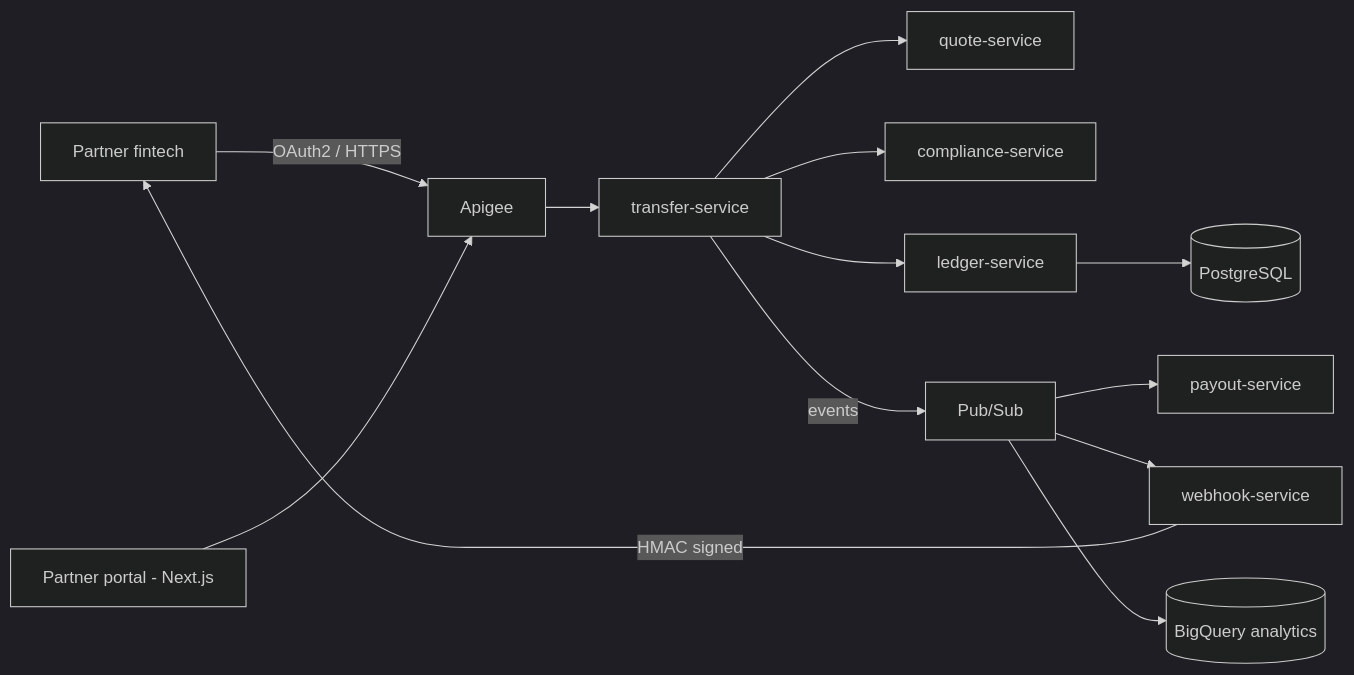
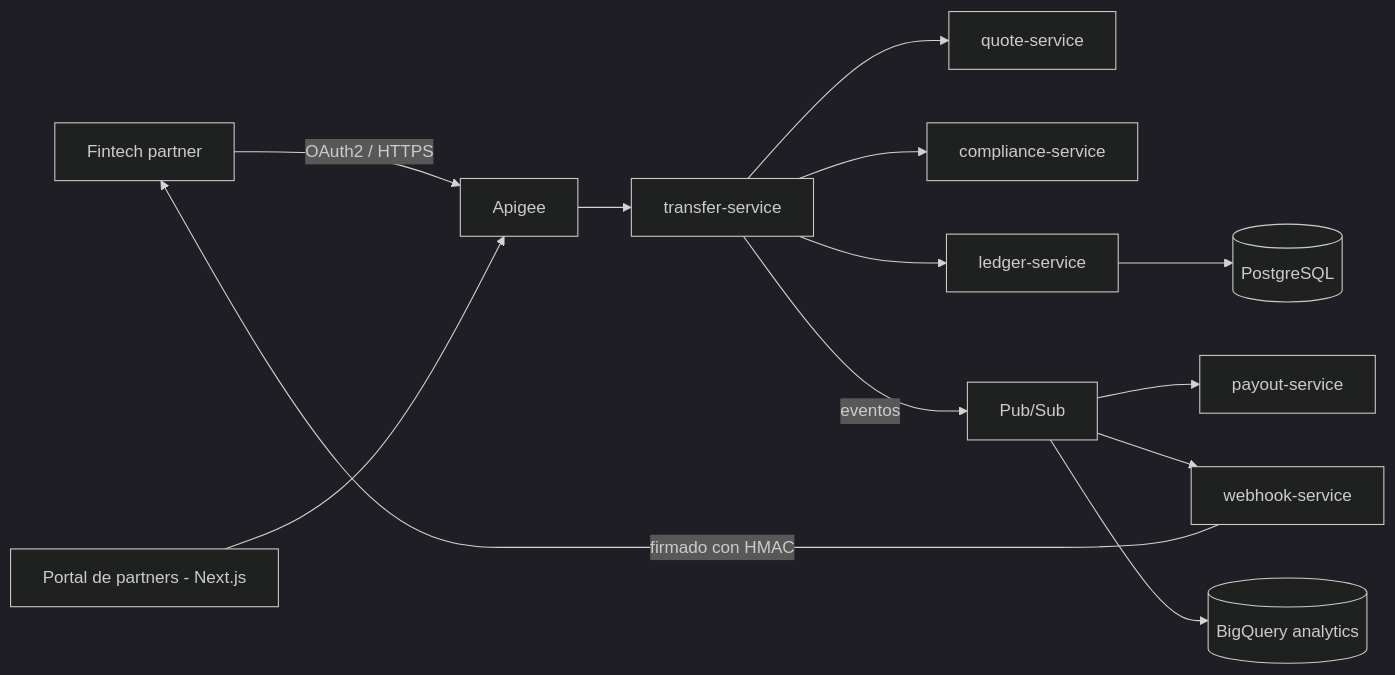
Before and after one commit to JCardzZ/puente: the diagram in README.md, drawn with Mermaid (dark theme). The commit also changed other lines of this file, not shown here.

````diff
--- a/README.md
+++ b/README.md
@@ -29,15 +29,15 @@
 ```mermaid
 flowchart LR
-  P["Partner fintech"] -->|"OAuth2 / HTTPS"| A["Apigee"]
-  UI["Partner portal - Next.js"] --> A
+  P["Fintech partner"] -->|"OAuth2 / HTTPS"| A["Apigee"]
+  UI["Portal de partners - Next.js"] --> A
   A --> T["transfer-service"]
   T --> Q["quote-service"]
   T --> C["compliance-service"]
   T --> L["ledger-service"]
   L --> DB[("PostgreSQL")]
-  T -->|"events"| PS["Pub/Sub"]
+  T -->|"eventos"| PS["Pub/Sub"]
   PS --> PO["payout-service"]
   PS --> W["webhook-service"]
-  W -->|"HMAC signed"| P
+  W -->|"firmado con HMAC"| P
   PS --> BQ[("BigQuery analytics")]
 ```
````
